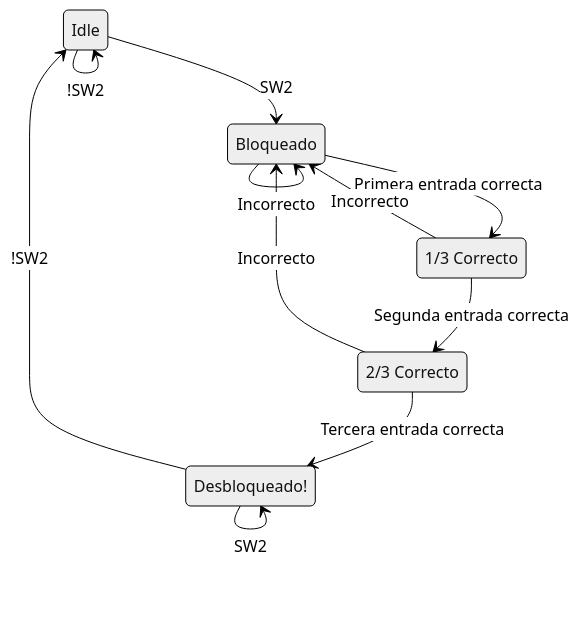
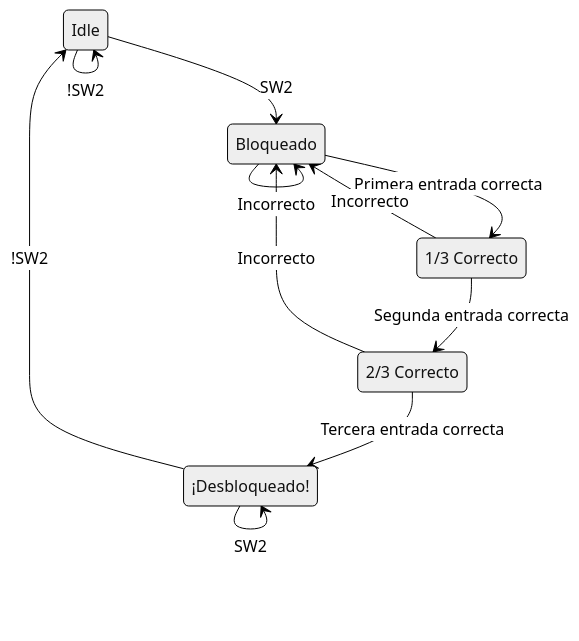
One commit to TinyTapeout/tinytapeout_www changed the third of 3 diagrams in content/digital_design/puzzle_padlock_seq/_index.es.md. Above: the diagram before and after it, drawn with Mermaid (neutral theme). The commit also changed other lines of this file and 8 other files, not shown here.

```diff
--- a/content/digital_design/puzzle_padlock_seq/_index.es.md
+++ b/content/digital_design/puzzle_padlock_seq/_index.es.md
@@ -85,18 +85,18 @@
 {{< mermaid >}}
 stateDiagram-v2
   idle: Idle
   locked: Bloqueado
   locked1: 1/3 Correcto
   locked2: 2/3 Correcto
-  unlocked: Desbloqueado!
+  unlocked: ¡Desbloqueado!
   idle   --> idle: !SW2
   idle   --> locked: SW2
   locked --> locked: Incorrecto
   locked --> locked1: Primera entrada correcta
   locked1 --> locked: Incorrecto
   locked1 --> locked2: Segunda entrada correcta
   locked2 --> locked: Incorrecto
   locked2 --> unlocked: Tercera entrada correcta
   unlocked --> unlocked: SW2
   unlocked --> idle: !SW2
 {{< /mermaid >}}
```
